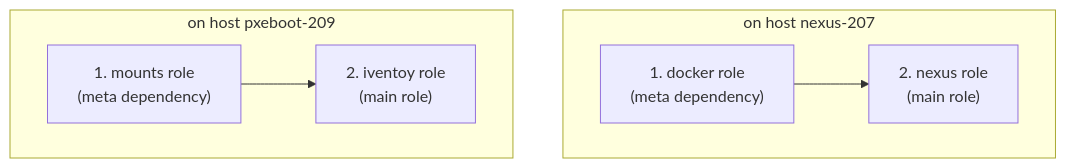
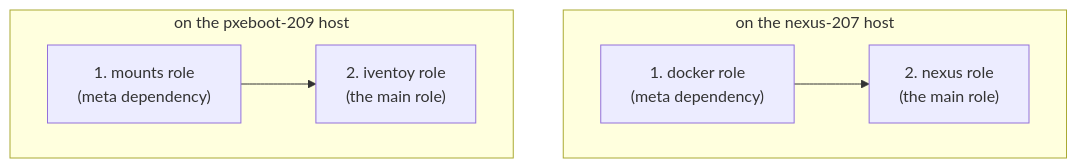
The fourth of 6 diagrams in 13-Infrastructure_as_Code_(IaC)/README.md (torokrolf/homelab), drawn with Mermaid before and after one commit. The commit also changed other lines of this file, not shown here.

````diff
--- a/13-Infrastructure_as_Code_(IaC)/README.md
+++ b/13-Infrastructure_as_Code_(IaC)/README.md
@@ -437,11 +611,11 @@
 ```mermaid
 flowchart TD
-    subgraph N["on host nexus-207"]
+    subgraph N["on the nexus-207 host"]
         direction LR
-        N1["1. docker role<br/>(meta dependency)"] --> N2["2. nexus role<br/>(main role)"]
+        N1["1. docker role<br/>(meta dependency)"] --> N2["2. nexus role<br/>(the main role)"]
     end
-    subgraph I["on host pxeboot-209"]
+    subgraph I["on the pxeboot-209 host"]
         direction LR
-        I1["1. mounts role<br/>(meta dependency)"] --> I2["2. iventoy role<br/>(main role)"]
+        I1["1. mounts role<br/>(meta dependency)"] --> I2["2. iventoy role<br/>(the main role)"]
     end
 ```
````
